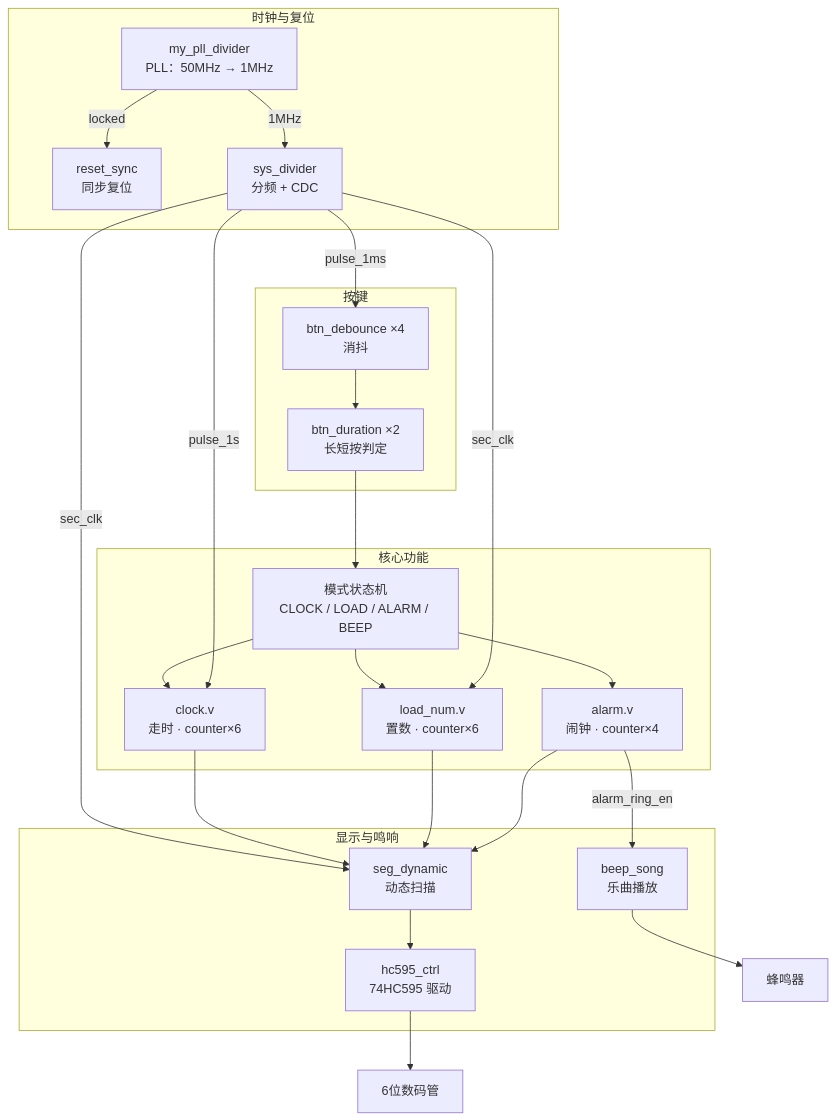
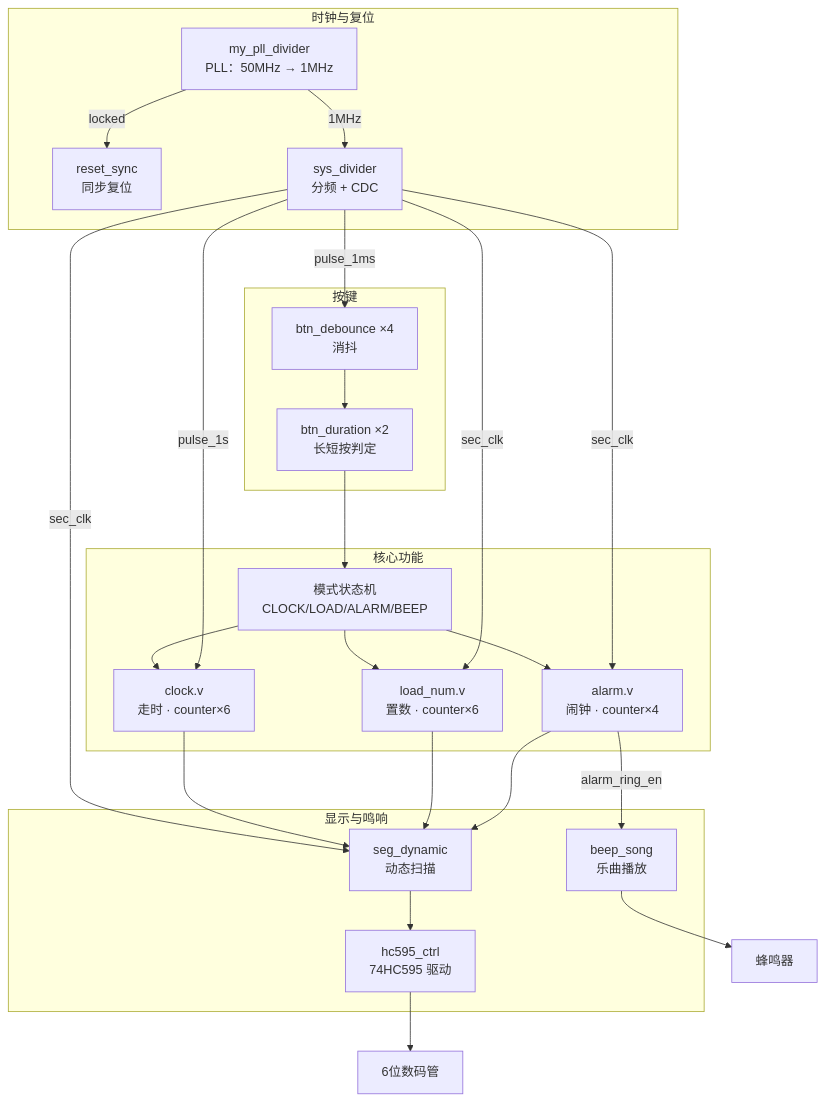
Before and after one commit to Unlimited-Rule-Book/fpga-digital-clock: the diagram in README.md, drawn with Mermaid. The commit also changed other lines of this file and 10 other files, not shown here.

````diff
--- a/README.md
+++ b/README.md
@@ -52,45 +127,46 @@
 ```mermaid
 flowchart TB
     subgraph clk["时钟与复位"]
         PLL["my_pll_divider<br/>PLL：50MHz → 1MHz"]
         RST["reset_sync<br/>同步复位"]
         DIV["sys_divider<br/>分频 + CDC"]
     end
 
     subgraph key["按键"]
         DB["btn_debounce ×4<br/>消抖"]
         DUR["btn_duration ×2<br/>长短按判定"]
     end
 
     subgraph core["核心功能"]
-        FSM["模式状态机<br/>CLOCK / LOAD / ALARM / BEEP"]
+        FSM["模式状态机<br/>CLOCK/LOAD/ALARM/BEEP"]
         CLK["clock.v<br/>走时 · counter×6"]
         NUM["load_num.v<br/>置数 · counter×6"]
         ALM["alarm.v<br/>闹钟 · counter×4"]
     end
 
     subgraph out["显示与鸣响"]
         SEG["seg_dynamic<br/>动态扫描"]
         HC["hc595_ctrl<br/>74HC595 驱动"]
         BEEP["beep_song<br/>乐曲播放"]
     end
 
     PLL -->|1MHz| DIV
     PLL -->|locked| RST
     DIV -->|pulse_1ms| DB
     DB --> DUR
     DUR --> FSM
     FSM --> CLK
     FSM --> NUM
     FSM --> ALM
     DIV -->|pulse_1s| CLK
     DIV -->|sec_clk| NUM
     DIV -->|sec_clk| SEG
+    DIV -->|sec_clk| ALM
     CLK --> SEG
     NUM --> SEG
     ALM --> SEG
     SEG --> HC
     HC --> LED["6位数码管"]
     ALM -->|alarm_ring_en| BEEP
     BEEP --> BUZ["蜂鸣器"]
 ```
````
